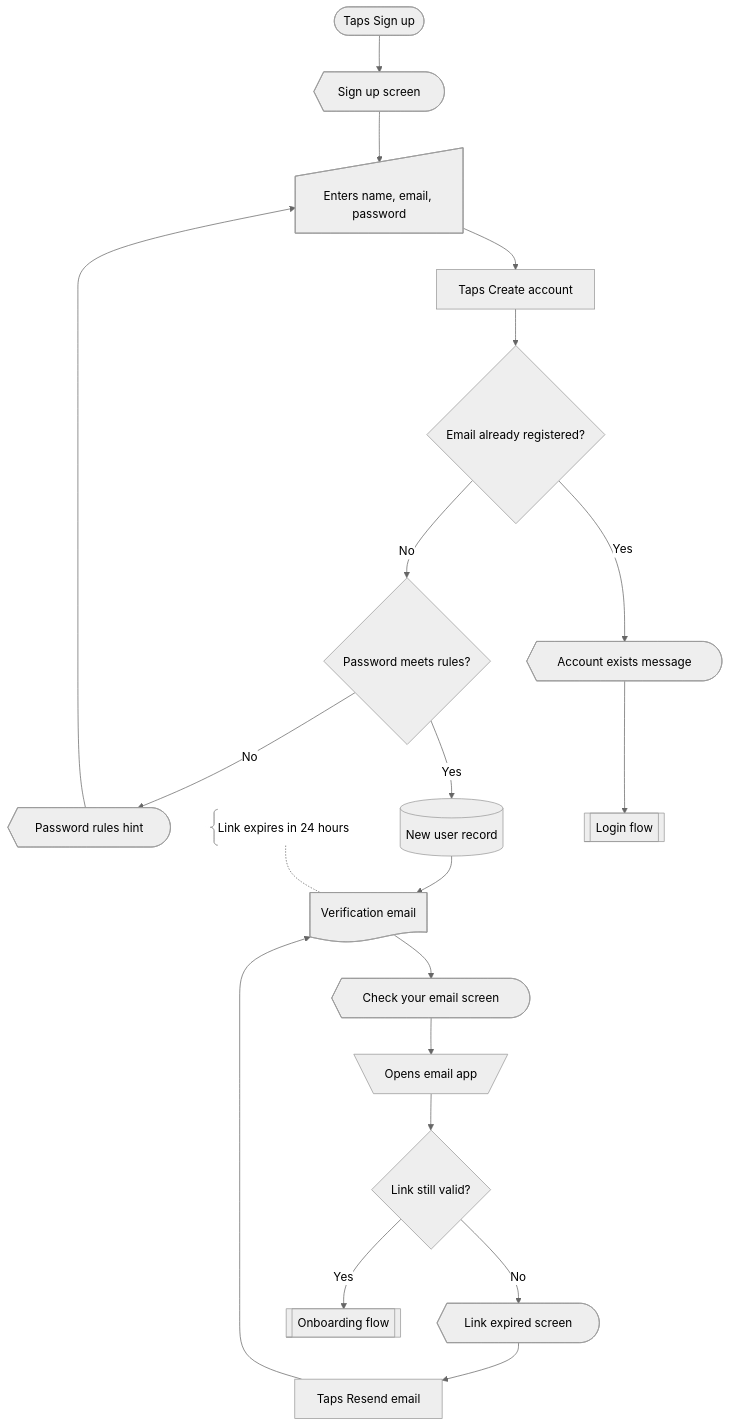
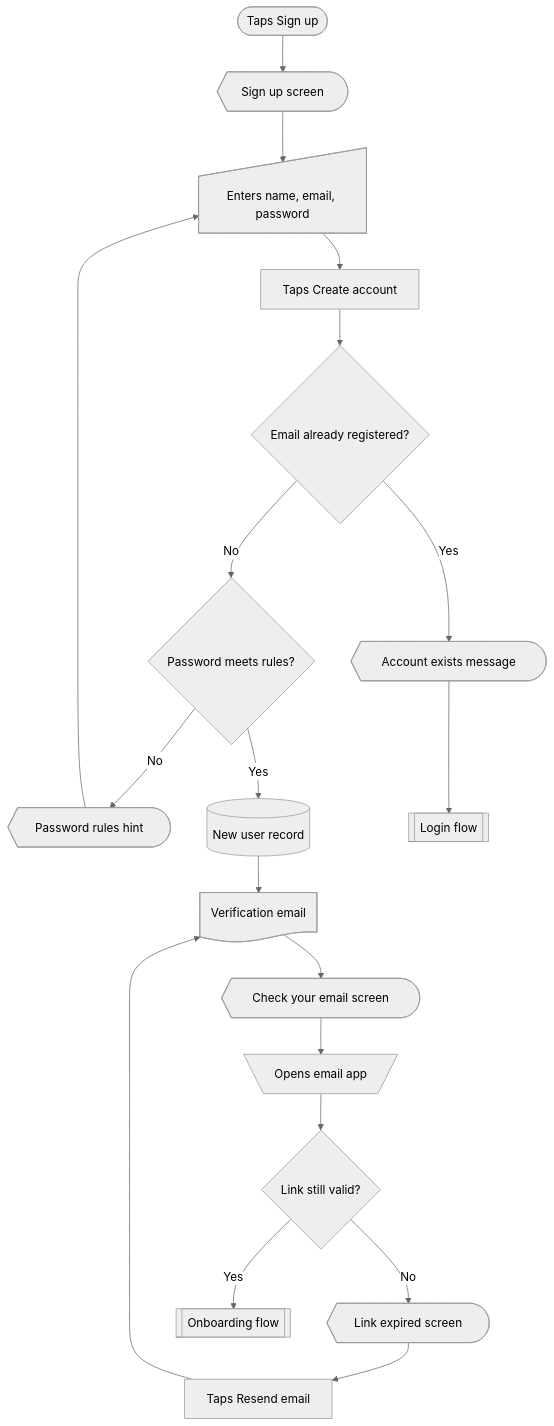
Before and after one commit to yoursharif/mermaid-userflow-diagram: the first of 4 diagrams in references/diagrams.md, drawn with Mermaid (neutral theme). The commit also changed other lines of this file, not shown here.

First line of the commit message:
Drop the note from the signup diagram

````diff
--- a/references/diagrams.md
+++ b/references/diagrams.md
@@ -11,41 +11,39 @@
 ```mermaid
 flowchart TD
   startSignup@{ shape: stadium, label: "Taps Sign up" }
   scrSignup@{ shape: curv-trap, label: "Sign up screen" }
   inDetails@{ shape: sl-rect, label: "Enters name, email, password" }
   actCreate@{ shape: rect, label: "Taps Create account" }
   decRegistered@{ shape: diam, label: "Email already registered?" }
   scrExists@{ shape: curv-trap, label: "Account exists message" }
   decRules@{ shape: diam, label: "Password meets rules?" }
   scrRules@{ shape: curv-trap, label: "Password rules hint" }
   dbUser@{ shape: cyl, label: "New user record" }
   docVerify@{ shape: doc, label: "Verification email" }
-  noteExpiry@{ shape: brace, label: "Link expires in 24 hours" }
   scrCheck@{ shape: curv-trap, label: "Check your email screen" }
   manOpenEmail@{ shape: trap-t, label: "Opens email app" }
   decLink@{ shape: diam, label: "Link still valid?" }
   scrExpired@{ shape: curv-trap, label: "Link expired screen" }
   actResend@{ shape: rect, label: "Taps Resend email" }
   subLogin@{ shape: fr-rect, label: "Login flow" }
   subOnboarding@{ shape: fr-rect, label: "Onboarding flow" }
 
   startSignup --> scrSignup
   scrSignup --> inDetails
   inDetails --> actCreate
   actCreate --> decRegistered
   decRegistered -->|Yes| scrExists
   decRegistered -->|No| decRules
   scrExists --> subLogin
   decRules -->|No| scrRules
   decRules -->|Yes| dbUser
   scrRules --> inDetails
   dbUser --> docVerify
-  noteExpiry -.- docVerify
   docVerify --> scrCheck
   scrCheck --> manOpenEmail
   manOpenEmail --> decLink
   decLink -->|Yes| subOnboarding
   decLink -->|No| scrExpired
   scrExpired --> actResend
   actResend --> docVerify
 ```
````
